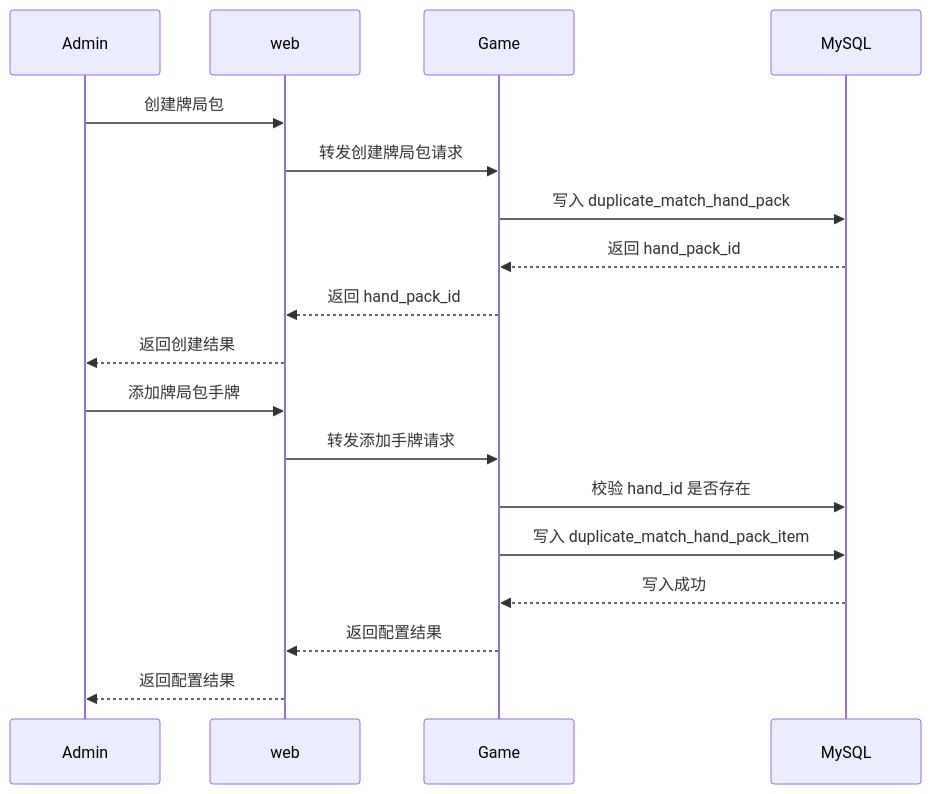
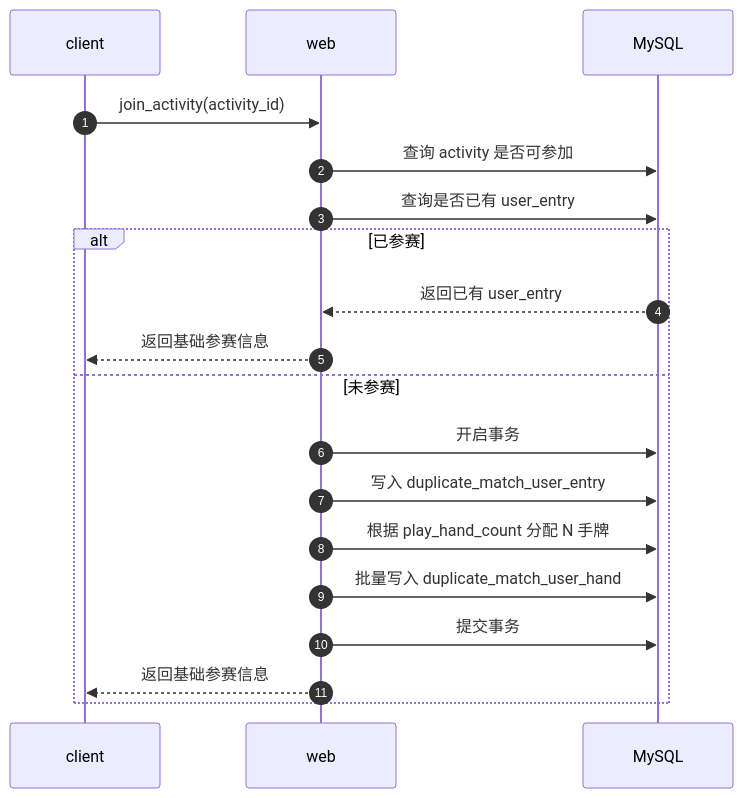
One commit to zdl20251023-pixel/agent-frame changed the fourth of 12 diagrams in docs/复述扑克/评审02/02-设计文档.md. Above: the diagram before and after it, drawn with Mermaid. The commit also changed other lines of this file and 1 other file, not shown here.

````diff
--- a/docs/复述扑克/评审02/02-设计文档.md
+++ b/docs/复述扑克/评审02/02-设计文档.md
@@ -111,22 +227,23 @@
 ```mermaid
 sequenceDiagram
-    participant Admin
+    autonumber
+    participant client
     participant web
-    participant Game
     participant MySQL
 
-    Admin->>web: 创建牌局包
-    web->>Game: 转发创建牌局包请求
-    Game->>MySQL: 写入 duplicate_match_hand_pack
-    MySQL-->>Game: 返回 hand_pack_id
-    Game-->>web: 返回 hand_pack_id
-    web-->>Admin: 返回创建结果
+    client->>web: join_activity(activity_id)
+    web->>MySQL: 查询 activity 是否可参加
+    web->>MySQL: 查询是否已有 user_entry
 
-    Admin->>web: 添加牌局包手牌
-    web->>Game: 转发添加手牌请求
-    Game->>MySQL: 校验 hand_id 是否存在
-    Game->>MySQL: 写入 duplicate_match_hand_pack_item
-    MySQL-->>Game: 写入成功
-    Game-->>web: 返回配置结果
-    web-->>Admin: 返回配置结果
+    alt 已参赛
+        MySQL-->>web: 返回已有 user_entry
+        web-->>client: 返回基础参赛信息
+    else 未参赛
+        web->>MySQL: 开启事务
+        web->>MySQL: 写入 duplicate_match_user_entry
+        web->>MySQL: 根据 play_hand_count 分配 N 手牌
+        web->>MySQL: 批量写入 duplicate_match_user_hand
+        web->>MySQL: 提交事务
+        web-->>client: 返回基础参赛信息
+    end
 ```
````
